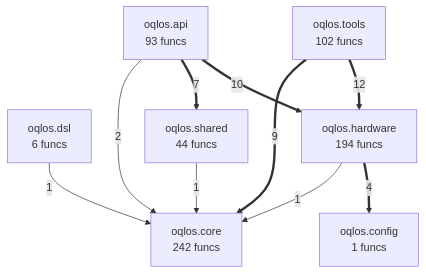
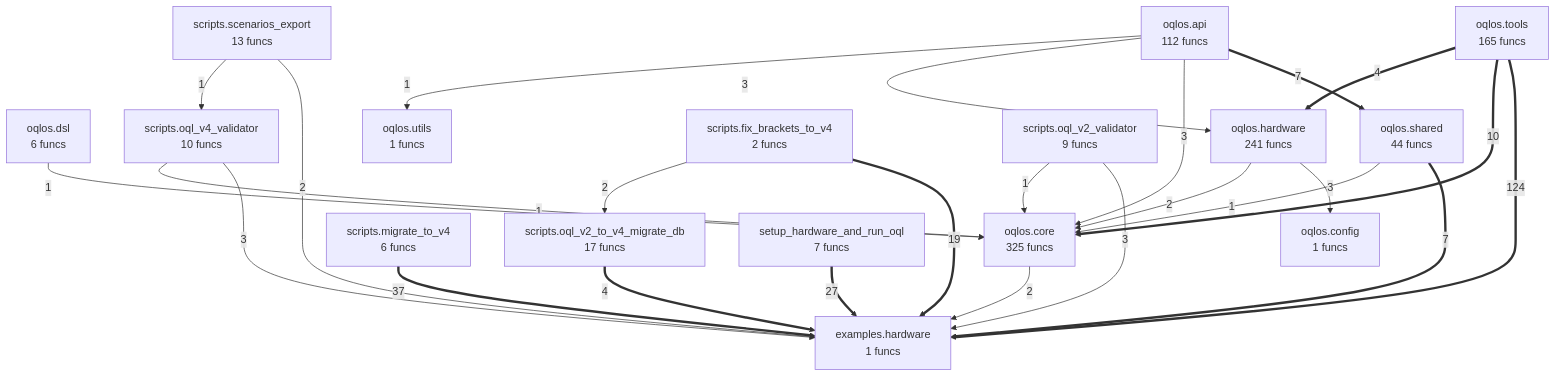
One commit to oqlos/oqlos changed the diagram in project/compact_flow.mmd. Above: the diagram before and after it, drawn with Mermaid. The commit also changed 40 other files, not shown here.

```diff
--- a/project/compact_flow.mmd
+++ b/project/compact_flow.mmd
@@ -1,17 +1,42 @@
 flowchart TD
-    oqlos__api["oqlos.api<br/>93 funcs"]
+%% generated in 0.02s
+    examples__hardware["examples.hardware<br/>1 funcs"]
+    oqlos__api["oqlos.api<br/>112 funcs"]
     oqlos__config["oqlos.config<br/>1 funcs"]
-    oqlos__core["oqlos.core<br/>242 funcs"]
+    oqlos__core["oqlos.core<br/>325 funcs"]
     oqlos__dsl["oqlos.dsl<br/>6 funcs"]
-    oqlos__hardware["oqlos.hardware<br/>194 funcs"]
+    oqlos__hardware["oqlos.hardware<br/>241 funcs"]
     oqlos__shared["oqlos.shared<br/>44 funcs"]
-    oqlos__tools["oqlos.tools<br/>102 funcs"]
-    oqlos__tools ==>|12| oqlos__hardware
-    oqlos__api ==>|10| oqlos__hardware
-    oqlos__tools ==>|9| oqlos__core
+    oqlos__tools["oqlos.tools<br/>165 funcs"]
+    oqlos__utils["oqlos.utils<br/>1 funcs"]
+    scripts__fix_brackets_to_v4["scripts.fix_brackets_to_v4<br/>2 funcs"]
+    scripts__migrate_to_v4["scripts.migrate_to_v4<br/>6 funcs"]
+    scripts__oql_v2_to_v4_migrate_db["scripts.oql_v2_to_v4_migrate_db<br/>17 funcs"]
+    scripts__oql_v2_validator["scripts.oql_v2_validator<br/>9 funcs"]
+    scripts__oql_v4_validator["scripts.oql_v4_validator<br/>10 funcs"]
+    scripts__scenarios_export["scripts.scenarios_export<br/>13 funcs"]
+    setup_hardware_and_run_oql["setup_hardware_and_run_oql<br/>7 funcs"]
+    oqlos__tools ==>|124| examples__hardware
+    scripts__migrate_to_v4 ==>|37| examples__hardware
+    setup_hardware_and_run_oql ==>|27| examples__hardware
+    scripts__fix_brackets_to_v4 ==>|19| examples__hardware
+    oqlos__tools ==>|10| oqlos__core
+    oqlos__shared ==>|7| examples__hardware
     oqlos__api ==>|7| oqlos__shared
-    oqlos__hardware ==>|4| oqlos__config
-    oqlos__api -->|2| oqlos__core
-    oqlos__hardware -->|1| oqlos__core
+    oqlos__tools ==>|4| oqlos__hardware
+    scripts__oql_v2_to_v4_migrate_db ==>|4| examples__hardware
+    oqlos__hardware -->|3| oqlos__config
+    oqlos__api -->|3| oqlos__core
+    oqlos__api -->|3| oqlos__hardware
+    scripts__oql_v4_validator -->|3| examples__hardware
+    scripts__oql_v2_validator -->|3| examples__hardware
+    oqlos__core -->|2| examples__hardware
+    oqlos__hardware -->|2| oqlos__core
+    scripts__fix_brackets_to_v4 -->|2| scripts__oql_v2_to_v4_migrate_db
+    scripts__scenarios_export -->|2| examples__hardware
     oqlos__shared -->|1| oqlos__core
+    oqlos__api -->|1| oqlos__utils
     oqlos__dsl -->|1| oqlos__core
+    scripts__oql_v4_validator -->|1| oqlos__core
+    scripts__oql_v2_validator -->|1| oqlos__core
+    scripts__scenarios_export -->|1| scripts__oql_v4_validator
```
